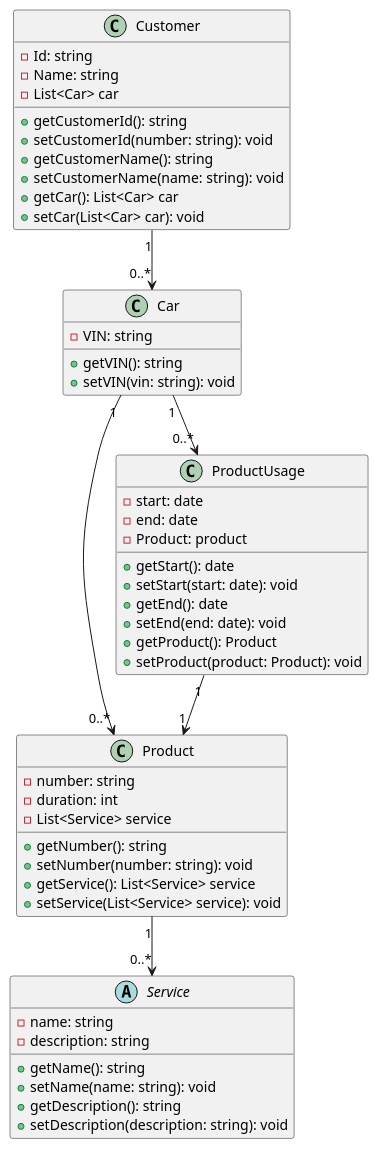
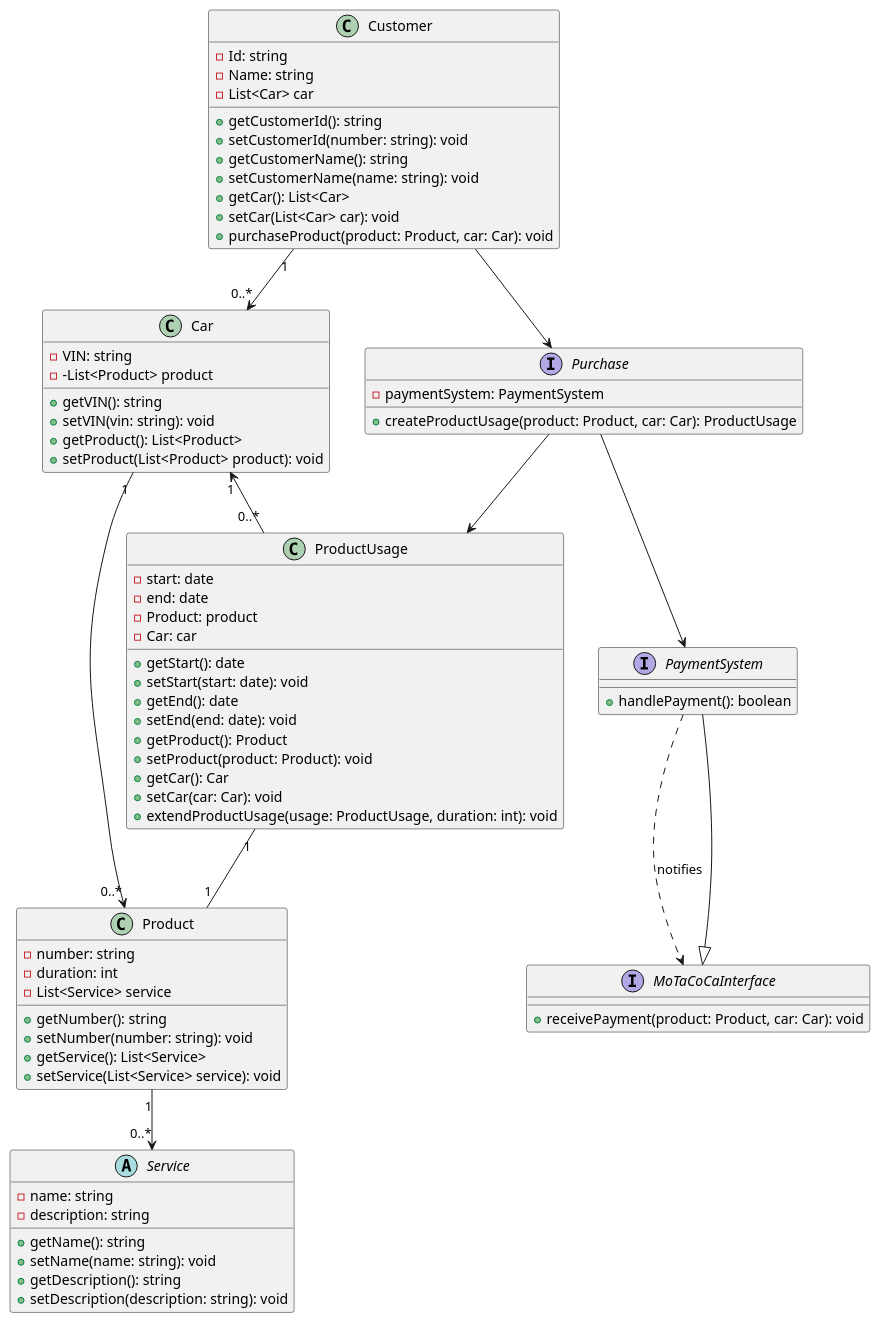
One commit to ljbg1996/car-backend changed the diagram in 1.0.0 class.puml. Above: the diagram before and after it, drawn with PlantUML. The commit also changed other lines of this file and 3 other files, not shown here.

```diff
--- a/1.0.0 class.puml
+++ b/1.0.0 class.puml
@@ -2,59 +1,84 @@
 @startuml
 class Car {
     - VIN: string
+    - -List<Product> product
     + getVIN(): string
     + setVIN(vin: string): void
+    + getProduct(): List<Product>
+    + setProduct(List<Product> product): void
 }
 
 class Customer {
     - Id: string
     - Name: string
     - List<Car> car
     + getCustomerId(): string
     + setCustomerId(number: string): void
     + getCustomerName(): string
     + setCustomerName(name: string): void
-    + getCar(): List<Car> car
+    + getCar(): List<Car>
     + setCar(List<Car> car): void
+    + purchaseProduct(product: Product, car: Car): void
 }
-
-
 
 class Product {
     - number: string
     - duration: int
     - List<Service> service
+
     + getNumber(): string
     + setNumber(number: string): void
-    + getService(): List<Service> service
+    + getService(): List<Service>
     + setService(List<Service> service): void
 }
 
 abstract class Service {
     - name: string
     - description: string
     + getName(): string
     + setName(name: string): void
     + getDescription(): string
     + setDescription(description: string): void
 }
 
 class ProductUsage {
     - start: date
     - end: date
     - Product: product
+    - Car: car
     + getStart(): date
     + setStart(start: date): void
     + getEnd(): date
     + setEnd(end: date): void
     + getProduct(): Product
     + setProduct(product: Product): void
+    + getCar(): Car
+    + setCar(car: Car): void
+    + extendProductUsage(usage: ProductUsage, duration: int): void
+}
+
+Interface PaymentSystem {
+    + handlePayment(): boolean
+}
+
+Interface Purchase {
+    - paymentSystem: PaymentSystem
+    + createProductUsage(product: Product, car: Car): ProductUsage
+}
+
+Interface MoTaCoCaInterface {
+    + receivePayment(product: Product, car: Car): void
 }
 
 Customer "1" --> "0..*" Car
 Car "1" --> "0..*" Product
-Car "1" --> "0..*" ProductUsage
-ProductUsage "1"--> "1"Product
+Car "1" <-- "0..*" ProductUsage
+ProductUsage "1"-- "1"Product
 Product "1" --> "0..*" Service
 
+Customer --> Purchase
+Purchase --> PaymentSystem
+Purchase --> ProductUsage
+MoTaCoCaInterface <|-down- PaymentSystem
+PaymentSystem ..> MoTaCoCaInterface : notifies
 @enduml
```
